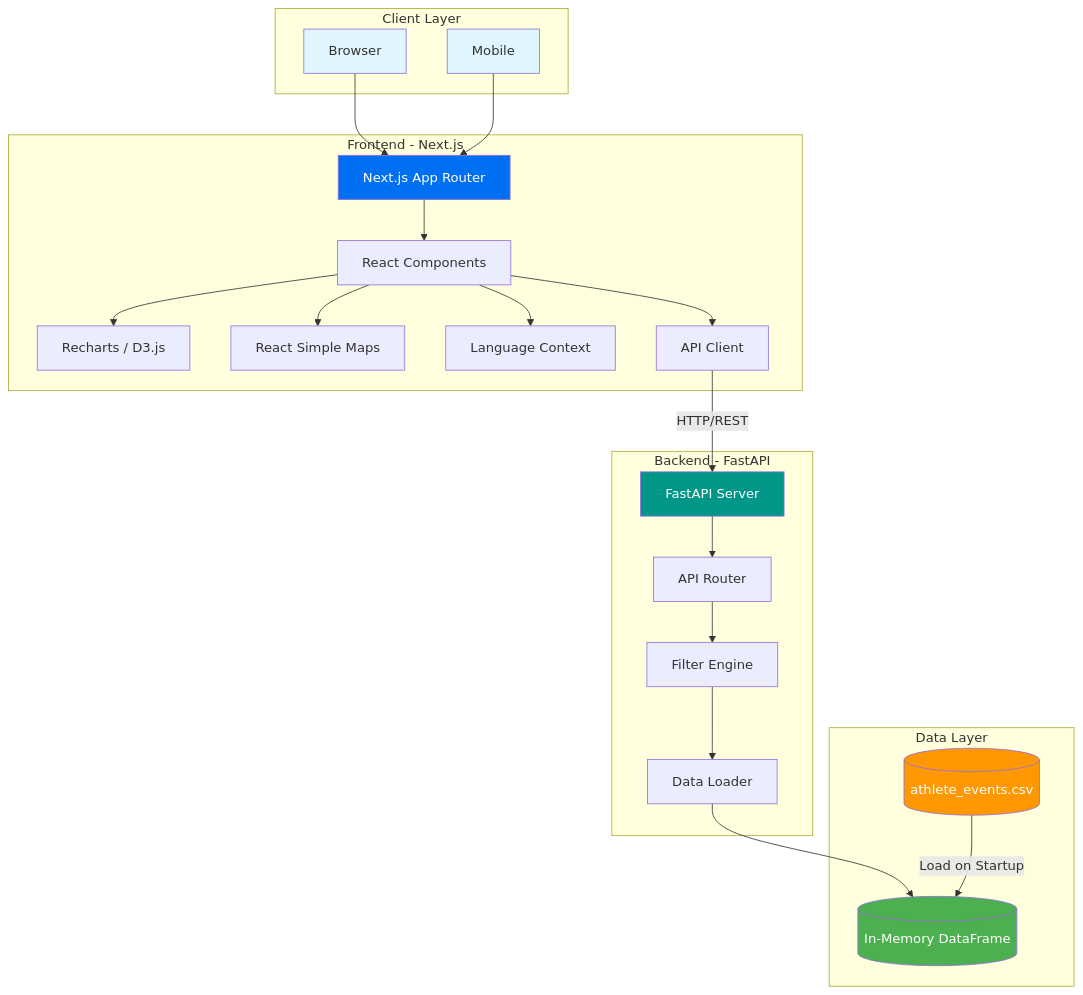
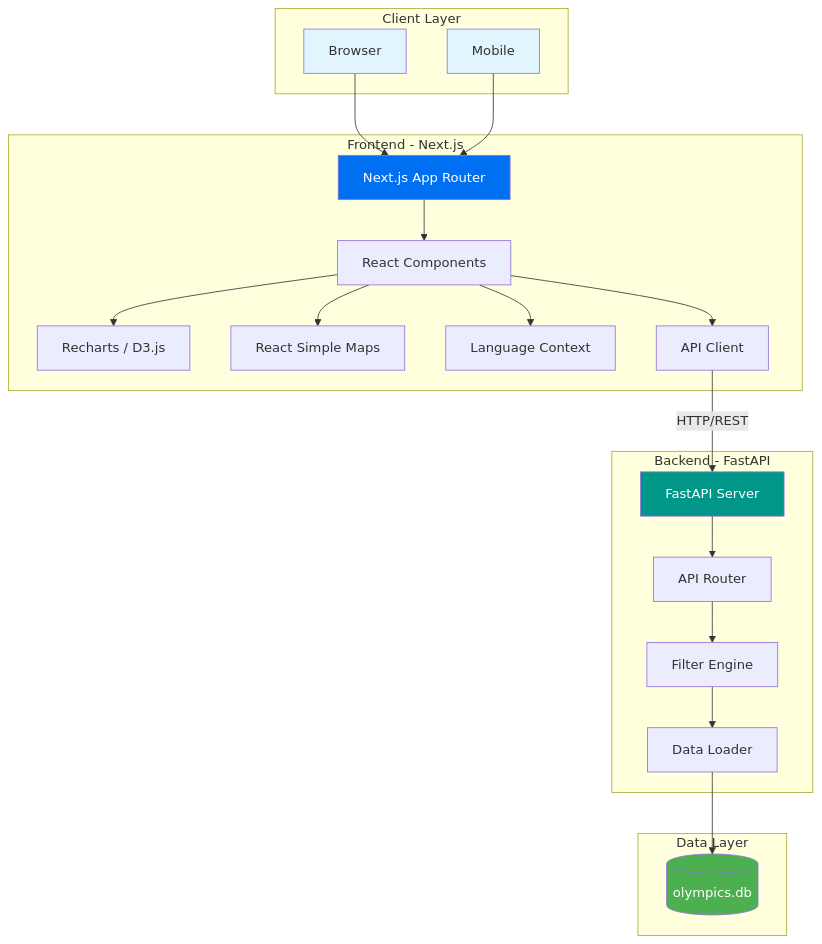
One commit to italomanzine/olympic-data-explorer changed the first of 6 diagrams in README.md. Above: the diagram before and after it, drawn with Mermaid. The commit also changed other lines of this file and 33 other files, not shown here.

````diff
--- a/README.md
+++ b/README.md
@@ -207,49 +213,46 @@
 ```mermaid
 graph TB
     subgraph clients["Client Layer"]
         Browser["Browser"]
         Mobile["Mobile"]
     end
     
     subgraph frontend["Frontend - Next.js"]
         NextApp["Next.js App Router"]
         Components["React Components"]
         Charts["Recharts / D3.js"]
         Maps["React Simple Maps"]
         Context["Language Context"]
         APIClient["API Client"]
     end
     
     subgraph backend["Backend - FastAPI"]
         FastAPI["FastAPI Server"]
         Router["API Router"]
         DataLoader["Data Loader"]
         Filters["Filter Engine"]
     end
     
     subgraph datalayer["Data Layer"]
-        CSV[("athlete_events.csv")]
-        Memory[("In-Memory DataFrame")]
+        SQLite[("olympics.db")]
     end
     
     Browser --> NextApp
     Mobile --> NextApp
     NextApp --> Components
     Components --> Charts
     Components --> Maps
     Components --> Context
     Components --> APIClient
     APIClient -->|"HTTP/REST"| FastAPI
     FastAPI --> Router
     Router --> Filters
     Filters --> DataLoader
-    DataLoader --> Memory
-    CSV -->|"Load on Startup"| Memory
+    DataLoader --> SQLite
     
     style Browser fill:#e1f5fe
     style Mobile fill:#e1f5fe
     style NextApp fill:#0070f3,color:#fff
     style FastAPI fill:#009688,color:#fff
-    style CSV fill:#ff9800,color:#fff
-    style Memory fill:#4caf50,color:#fff
+    style SQLite fill:#4caf50,color:#fff
 ```
````
